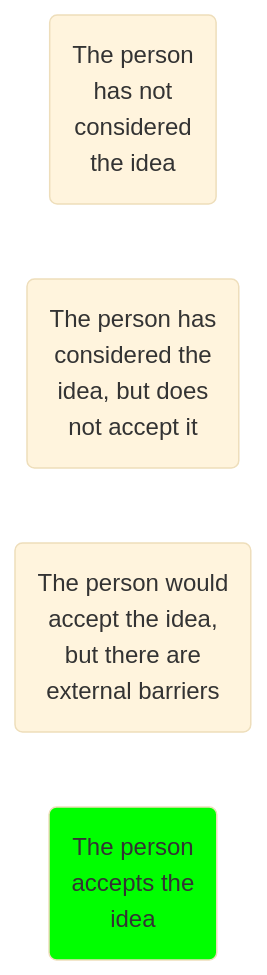
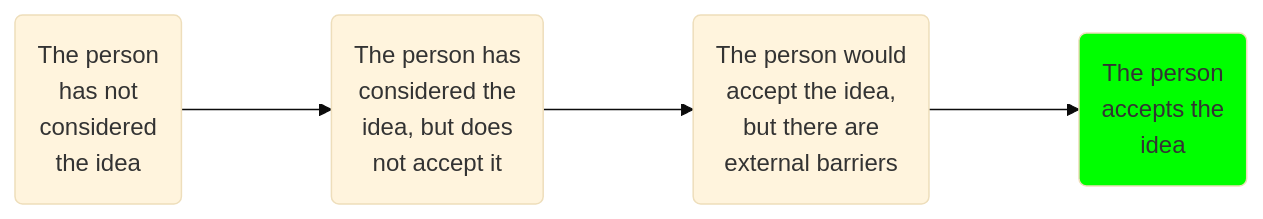
One commit to hwetsman/TOC_Trees changed the second of 2 diagrams in Recovery_Cognitions.md. Above: the diagram before and after it, drawn with Mermaid (base theme).

Commit message:
Refactor: add links

`````diff
--- a/Recovery_Cognitions.md
+++ b/Recovery_Cognitions.md
@@ -21,10 +21,14 @@
 ````mermaid
 flowchart LR
 
 no_thought(The person <br>has not <br>considered <br>the idea)
 thought(The person has <br>considered the <br>idea, but does <br>not accept it)
-barrier(The person would <br>accept the idea, <br>but there are <br>external barriers)
-commitment(The person <br>accepts the <br>idea)
-style commitment fill:#00FF00
+    no_thought--->thought
+    barrier(The person would <br>accept the idea, <br>but there are <br>external barriers)
+        thought--->barrier
+        commitment(The person <br>accepts the <br>idea)
+        style commitment fill:#00FF00
+            barrier--->commitment
+
 
 ````
`````
